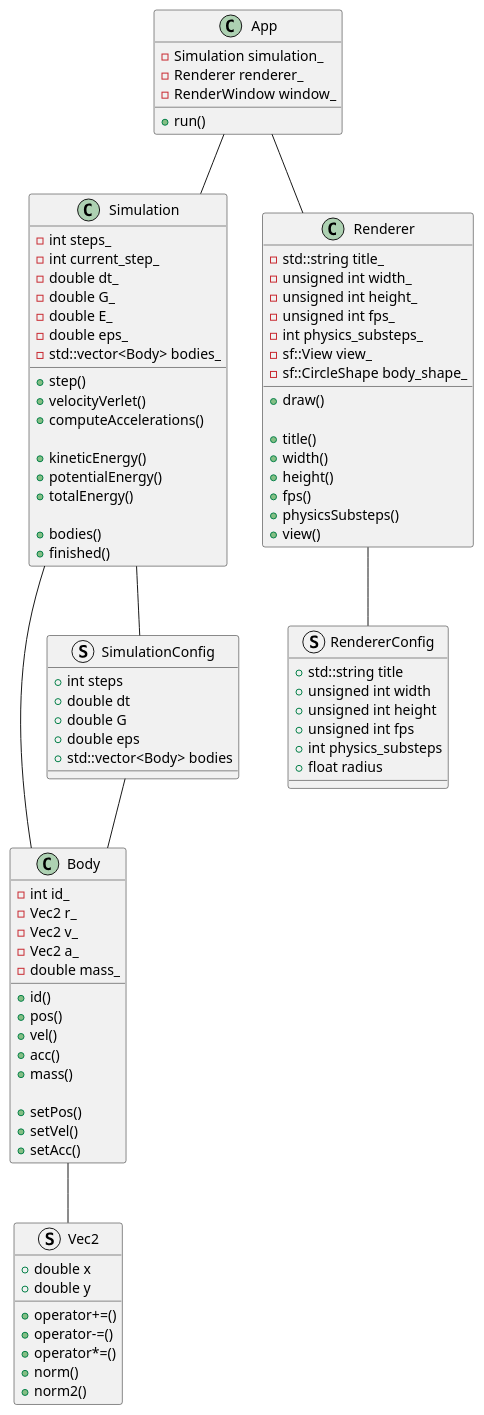
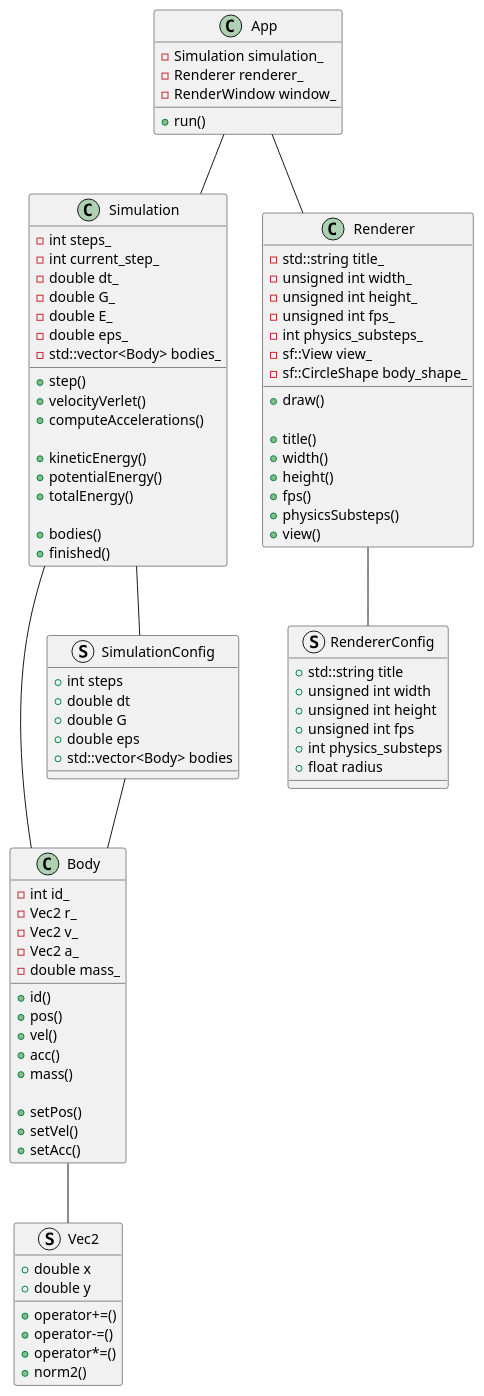
One commit to lou720/progetto_programmazione changed the diagram in project_map.puml. Above: the diagram before and after it, drawn with PlantUML. The commit also changed 9 other files, not shown here.

```diff
--- a/project_map.puml
+++ b/project_map.puml
@@ -1,124 +1,123 @@
 @startuml
 
 ' =========================
 ' CORE APPLICATION
 ' =========================
 
 class App {
   - Simulation simulation_
   - Renderer renderer_
   - RenderWindow window_
 
   + run()
 }
 
 ' =========================
 ' SIMULATION (PHYSICS)
 ' =========================
 
 class Simulation {
   - int steps_
   - int current_step_
   - double dt_
   - double G_
   - double E_
   - double eps_
   - std::vector<Body> bodies_
 
   + step()
   + velocityVerlet()
   + computeAccelerations()
 
   + kineticEnergy()
   + potentialEnergy()
   + totalEnergy()
 
   + bodies()
   + finished()
 }
 
 class Body {
   - int id_
   - Vec2 r_
   - Vec2 v_
   - Vec2 a_
   - double mass_
 
   + id()
   + pos()
   + vel()
   + acc()
   + mass()
 
   + setPos()
   + setVel()
   + setAcc()
 }
 
 struct Vec2 {
   + double x
   + double y
 
   + operator+=()
   + operator-=()
   + operator*=()
-  + norm()
   + norm2()
 }
 
 struct SimulationConfig {
   + int steps
   + double dt
   + double G
   + double eps
   + std::vector<Body> bodies
 }
 
 ' =========================
 ' RENDERING
 ' =========================
 
 class Renderer {
   - std::string title_
   - unsigned int width_
   - unsigned int height_
   - unsigned int fps_
   - int physics_substeps_
   - sf::View view_
   - sf::CircleShape body_shape_
 
   + draw()
 
   + title()
   + width()
   + height()
   + fps()
   + physicsSubsteps()
   + view()
 }
 
 struct RendererConfig {
   + std::string title
   + unsigned int width
   + unsigned int height
   + unsigned int fps
   + int physics_substeps
   + float radius
 }
 
 ' =========================
 ' RELATIONSHIPS
 ' =========================
 
 App -- Simulation
 App -- Renderer
 
 Simulation -- SimulationConfig
 Simulation -- Body
 
 Renderer -- RendererConfig
 
 SimulationConfig -- Body
 Body -- Vec2
 
 @enduml
```
